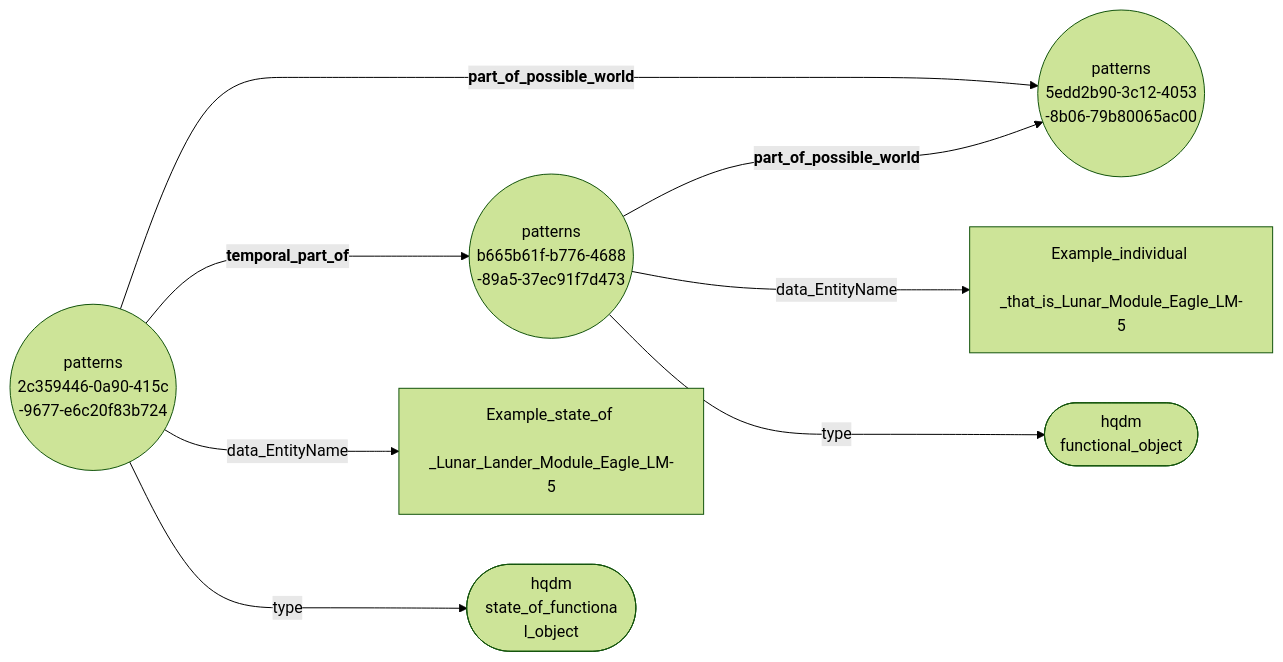
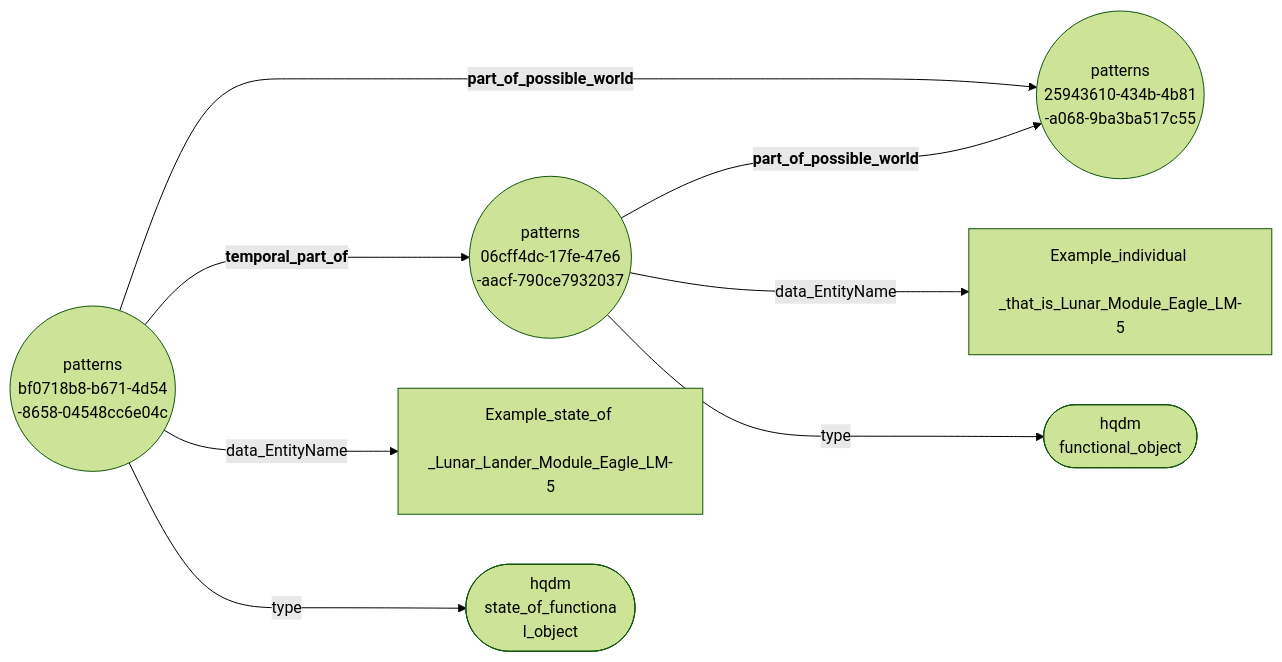
Before and after one commit to ClimbingAl/HqdmPatterns: the diagram in docs/extras/example-files/temporalPartOfAllRelsNodeEdgeGraph.mermaid, drawn with Mermaid (forest theme). The commit also changed 32 other files, not shown here.

````diff
--- a/docs/extras/example-files/temporalPartOfAllRelsNodeEdgeGraph.mermaid
+++ b/docs/extras/example-files/temporalPartOfAllRelsNodeEdgeGraph.mermaid
@@ -1,10 +1,10 @@
 ``` mermaid
 graph LR
-  b665b61f-b776-4688-89a5-37ec91f7d473(("patterns <br> b665b61f-b776-4688 <br> -89a5-37ec91f7d473"))--->|"<b> part_of_possible_world"|5edd2b90-3c12-4053-8b06-79b80065ac00(("patterns <br> 5edd2b90-3c12-4053 <br> -8b06-79b80065ac00"));
-  b665b61f-b776-4688-89a5-37ec91f7d473(("patterns <br> b665b61f-b776-4688 <br> -89a5-37ec91f7d473"))--->|"data_EntityName"|Example_individual_that_is_Lunar_Module_Eagle_LM-5["Example_individual <br> _that_is_Lunar_Module_Eagle_LM-5"];
-  b665b61f-b776-4688-89a5-37ec91f7d473(("patterns <br> b665b61f-b776-4688 <br> -89a5-37ec91f7d473"))--->|"type"|functional_object(["hqdm <br> functional_object"]);
-  2c359446-0a90-415c-9677-e6c20f83b724(("patterns <br> 2c359446-0a90-415c <br> -9677-e6c20f83b724"))--->|"<b> part_of_possible_world"|5edd2b90-3c12-4053-8b06-79b80065ac00(("patterns <br> 5edd2b90-3c12-4053 <br> -8b06-79b80065ac00"));
-  2c359446-0a90-415c-9677-e6c20f83b724(("patterns <br> 2c359446-0a90-415c <br> -9677-e6c20f83b724"))--->|"<b> temporal_part_of"|b665b61f-b776-4688-89a5-37ec91f7d473(("patterns <br> b665b61f-b776-4688 <br> -89a5-37ec91f7d473"));
-  2c359446-0a90-415c-9677-e6c20f83b724(("patterns <br> 2c359446-0a90-415c <br> -9677-e6c20f83b724"))--->|"data_EntityName"|Example_state_of_Lunar_Lander_Module_Eagle_LM-5["Example_state_of <br> _Lunar_Lander_Module_Eagle_LM-5"];
-  2c359446-0a90-415c-9677-e6c20f83b724(("patterns <br> 2c359446-0a90-415c <br> -9677-e6c20f83b724"))--->|"type"|state_of_functional_object(["hqdm <br> state_of_functiona <br> l_object"]);
+  06cff4dc-17fe-47e6-aacf-790ce7932037(("patterns <br> 06cff4dc-17fe-47e6 <br> -aacf-790ce7932037"))--->|"<b> part_of_possible_world"|25943610-434b-4b81-a068-9ba3ba517c55(("patterns <br> 25943610-434b-4b81 <br> -a068-9ba3ba517c55"));
+  06cff4dc-17fe-47e6-aacf-790ce7932037(("patterns <br> 06cff4dc-17fe-47e6 <br> -aacf-790ce7932037"))--->|"data_EntityName"|Example_individual_that_is_Lunar_Module_Eagle_LM-5["Example_individual <br> _that_is_Lunar_Module_Eagle_LM-5"];
+  06cff4dc-17fe-47e6-aacf-790ce7932037(("patterns <br> 06cff4dc-17fe-47e6 <br> -aacf-790ce7932037"))--->|"type"|functional_object(["hqdm <br> functional_object"]);
+  bf0718b8-b671-4d54-8658-04548cc6e04c(("patterns <br> bf0718b8-b671-4d54 <br> -8658-04548cc6e04c"))--->|"<b> part_of_possible_world"|25943610-434b-4b81-a068-9ba3ba517c55(("patterns <br> 25943610-434b-4b81 <br> -a068-9ba3ba517c55"));
+  bf0718b8-b671-4d54-8658-04548cc6e04c(("patterns <br> bf0718b8-b671-4d54 <br> -8658-04548cc6e04c"))--->|"<b> temporal_part_of"|06cff4dc-17fe-47e6-aacf-790ce7932037(("patterns <br> 06cff4dc-17fe-47e6 <br> -aacf-790ce7932037"));
+  bf0718b8-b671-4d54-8658-04548cc6e04c(("patterns <br> bf0718b8-b671-4d54 <br> -8658-04548cc6e04c"))--->|"data_EntityName"|Example_state_of_Lunar_Lander_Module_Eagle_LM-5["Example_state_of <br> _Lunar_Lander_Module_Eagle_LM-5"];
+  bf0718b8-b671-4d54-8658-04548cc6e04c(("patterns <br> bf0718b8-b671-4d54 <br> -8658-04548cc6e04c"))--->|"type"|state_of_functional_object(["hqdm <br> state_of_functiona <br> l_object"]);
 ```
````
